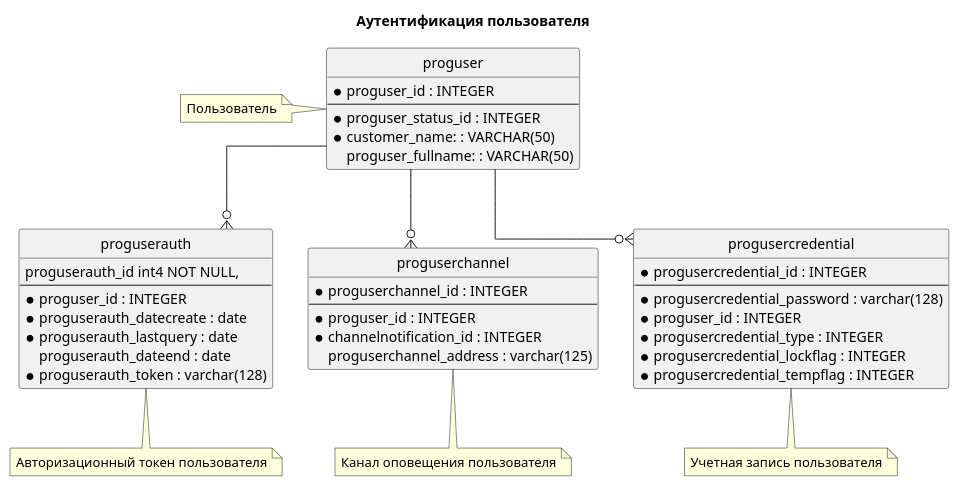
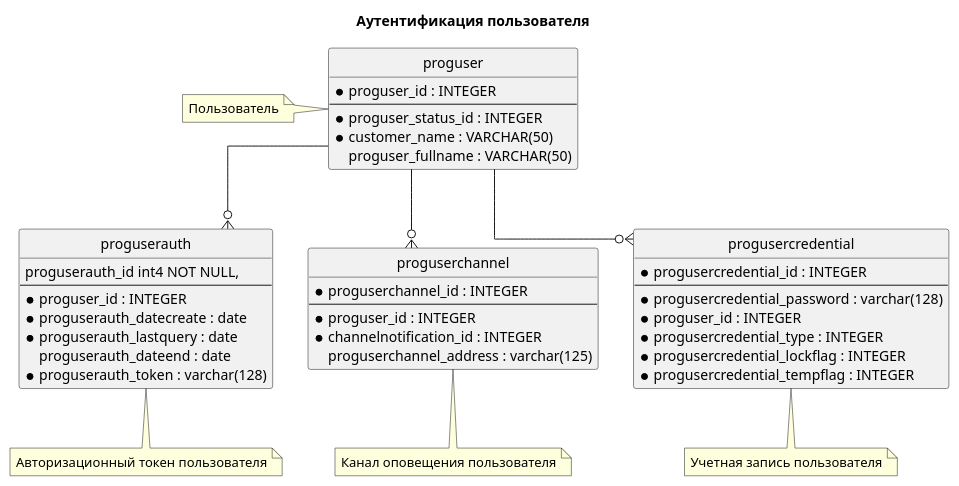
The diagram in src/doc/models/proguserauth_model.puml (dubinskiyav/endorphin_backend), drawn with PlantUML before and after one commit. The commit also changed 10 other files, not shown here.

```diff
--- a/src/doc/models/proguserauth_model.puml
+++ b/src/doc/models/proguserauth_model.puml
@@ -1,62 +1,62 @@
 @startuml
 page 2x2
 ' Скрыть круг перед названием entity
 hide circle
 
 ' Ломанные линии соединения
 skinparam linetype ortho
 
 title Аутентификация пользователя
 
 entity proguser {
   * proguser_id : INTEGER
   --
   * proguser_status_id : INTEGER
-  * customer_name: : VARCHAR(50)
-  proguser_fullname: : VARCHAR(50)
+  * customer_name : VARCHAR(50)
+  proguser_fullname : VARCHAR(50)
 }
 note left of proguser
   Пользователь
 end note
 
 entity proguserauth {
   proguserauth_id int4 NOT NULL,
   --
   * proguser_id : INTEGER
   * proguserauth_datecreate : date
   * proguserauth_lastquery : date
    	proguserauth_dateend : date
   * proguserauth_token : varchar(128)
 }
 proguser --o{ proguserauth
 note bottom of proguserauth
   Авторизационный токен пользователя
 end note
 
 entity proguserchannel {
   * proguserchannel_id : INTEGER
   --
   * proguser_id : INTEGER
   * channelnotification_id : INTEGER
     proguserchannel_address : varchar(125)
 }
 proguser --o{ proguserchannel
 note bottom of proguserchannel
   Канал оповещения пользователя
 end note
 
 entity progusercredential {
   * progusercredential_id : INTEGER
   --
   * progusercredential_password : varchar(128)
   * proguser_id : INTEGER
   * progusercredential_type : INTEGER
   * progusercredential_lockflag : INTEGER
   * progusercredential_tempflag : INTEGER
 }
 proguser --o{ progusercredential
 note bottom of progusercredential
   Учетная запись пользователя
 end note
 
 @enduml
```
